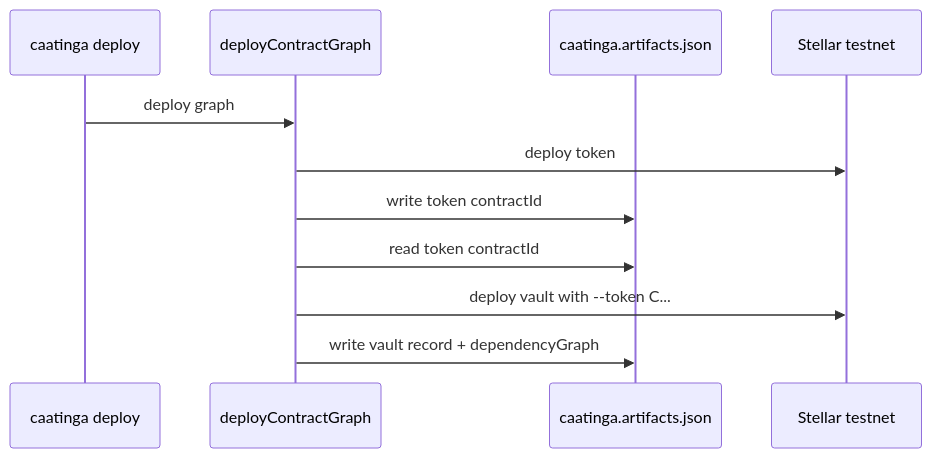
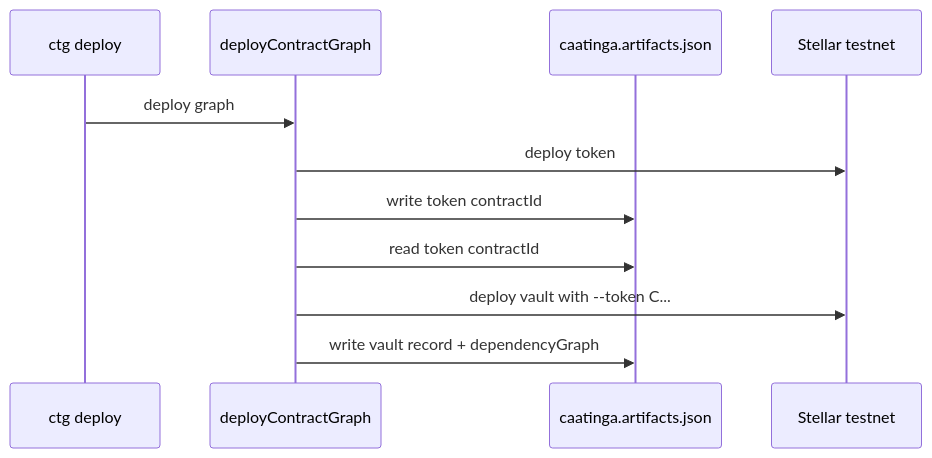
One commit to Dione-b/caatinga changed the diagram in docs/case-studies/multi-contract-dapp.md. Above: the diagram before and after it, drawn with Mermaid. The commit also changed other lines of this file and 142 other files, not shown here.

First line of the commit message:
feat(cli): standardize CLI invocations on ctg

````diff
--- a/docs/case-studies/multi-contract-dapp.md
+++ b/docs/case-studies/multi-contract-dapp.md
@@ -31,14 +31,14 @@
 ```mermaid
 sequenceDiagram
-  participant CLI as caatinga deploy
+  participant CLI as ctg deploy
   participant Core as deployContractGraph
   participant Artifacts as caatinga.artifacts.json
   participant Chain as Stellar testnet
 
   CLI->>Core: deploy graph
   Core->>Chain: deploy token
   Core->>Artifacts: write token contractId
   Core->>Artifacts: read token contractId
   Core->>Chain: deploy vault with --token C...
   Core->>Artifacts: write vault record + dependencyGraph
 ```
````
